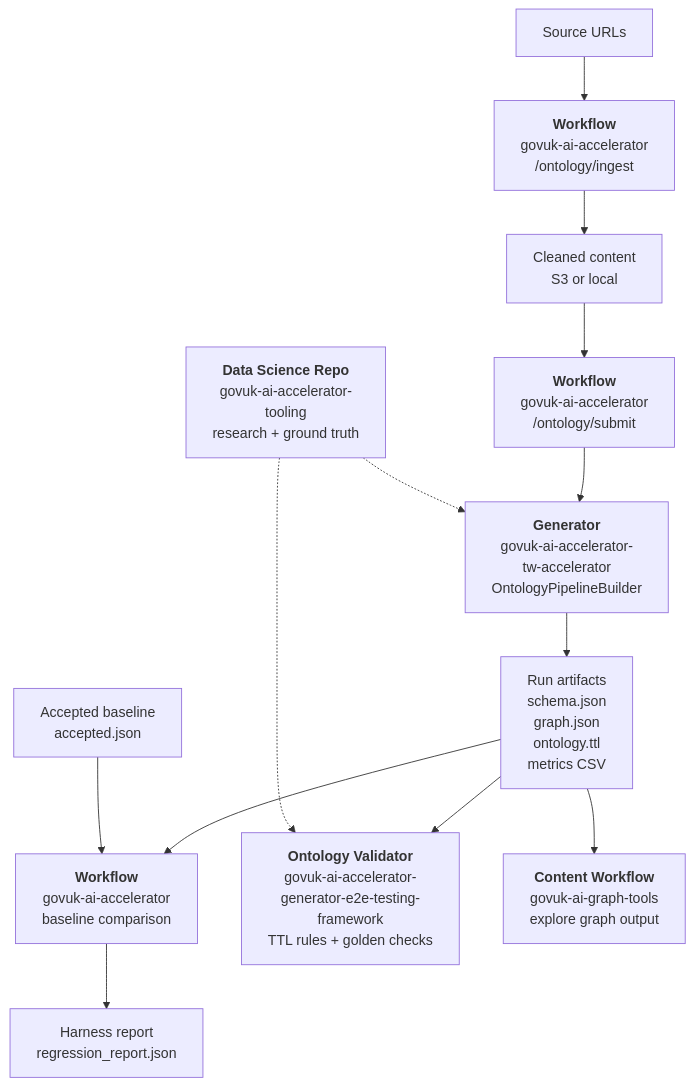
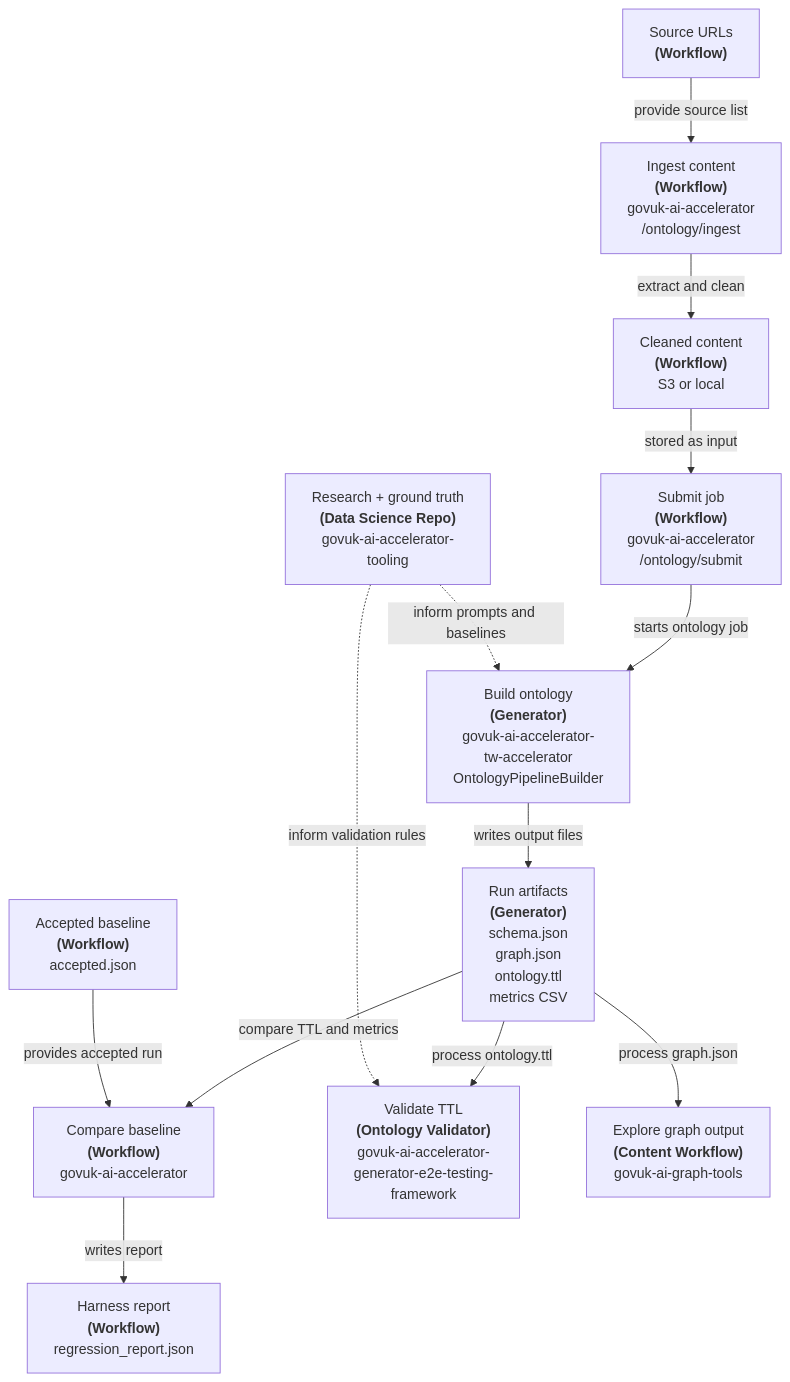
One commit to alphagov/govuk-ai-accelerator changed the diagram in docs/architecture/cross-repo-integration.md. Above: the diagram before and after it, drawn with Mermaid.

Commit message:
Label cross-repo diagram flows

````diff
--- a/docs/architecture/cross-repo-integration.md
+++ b/docs/architecture/cross-repo-integration.md
@@ -21,28 +21,28 @@
 ```mermaid
 flowchart TD
-    urls["Source URLs"]
-    ingest["<b>Workflow</b><br/>govuk-ai-accelerator<br/>/ontology/ingest"]
-    cleaned["Cleaned content\nS3 or local"]
-    submit["<b>Workflow</b><br/>govuk-ai-accelerator<br/>/ontology/submit"]
-    dataScience["<b>Data Science Repo</b><br/>govuk-ai-accelerator-<br/>tooling<br/>research + ground truth"]
-    generator["<b>Generator</b><br/>govuk-ai-accelerator-<br/>tw-accelerator<br/>OntologyPipelineBuilder"]
-    artifacts["Run artifacts\nschema.json\ngraph.json\nontology.ttl\nmetrics CSV"]
-    baseline["Accepted baseline\naccepted.json"]
-    harness["<b>Workflow</b><br/>govuk-ai-accelerator<br/>baseline comparison"]
-    report["Harness report\nregression_report.json"]
-    validator["<b>Ontology Validator</b><br/>govuk-ai-accelerator-<br/>generator-e2e-testing-<br/>framework<br/>TTL rules + golden checks"]
-    contentWorkflow["<b>Content Workflow</b><br/>govuk-ai-graph-tools<br/>explore graph output"]
+    urls["Source URLs<br/><b>(Workflow)</b>"]
+    ingest["Ingest content<br/><b>(Workflow)</b><br/>govuk-ai-accelerator<br/>/ontology/ingest"]
+    cleaned["Cleaned content<br/><b>(Workflow)</b><br/>S3 or local"]
+    submit["Submit job<br/><b>(Workflow)</b><br/>govuk-ai-accelerator<br/>/ontology/submit"]
+    dataScience["Research + ground truth<br/><b>(Data Science Repo)</b><br/>govuk-ai-accelerator-<br/>tooling"]
+    generator["Build ontology<br/><b>(Generator)</b><br/>govuk-ai-accelerator-<br/>tw-accelerator<br/>OntologyPipelineBuilder"]
+    artifacts["Run artifacts<br/><b>(Generator)</b><br/>schema.json<br/>graph.json<br/>ontology.ttl<br/>metrics CSV"]
+    baseline["Accepted baseline<br/><b>(Workflow)</b><br/>accepted.json"]
+    harness["Compare baseline<br/><b>(Workflow)</b><br/>govuk-ai-accelerator"]
+    report["Harness report<br/><b>(Workflow)</b><br/>regression_report.json"]
+    validator["Validate TTL<br/><b>(Ontology Validator)</b><br/>govuk-ai-accelerator-<br/>generator-e2e-testing-<br/>framework"]
+    contentWorkflow["Explore graph output<br/><b>(Content Workflow)</b><br/>govuk-ai-graph-tools"]
 
-    urls --> ingest
-    ingest --> cleaned
-    cleaned --> submit
-    submit --> generator
-    generator --> artifacts
-    artifacts --> harness
-    baseline --> harness
-    harness --> report
-    artifacts --> validator
-    artifacts --> contentWorkflow
-    dataScience -.-> generator
-    dataScience -.-> validator
+    urls -->|"provide source list"| ingest
+    ingest -->|"extract and clean"| cleaned
+    cleaned -->|"stored as input"| submit
+    submit -->|"starts ontology job"| generator
+    generator -->|"writes output files"| artifacts
+    artifacts -->|"compare TTL and metrics"| harness
+    baseline -->|"provides accepted run"| harness
+    harness -->|"writes report"| report
+    artifacts -->|"process ontology.ttl"| validator
+    artifacts -->|"process graph.json"| contentWorkflow
+    dataScience -.->|"inform prompts and baselines"| generator
+    dataScience -.->|"inform validation rules"| validator
 ```
````
